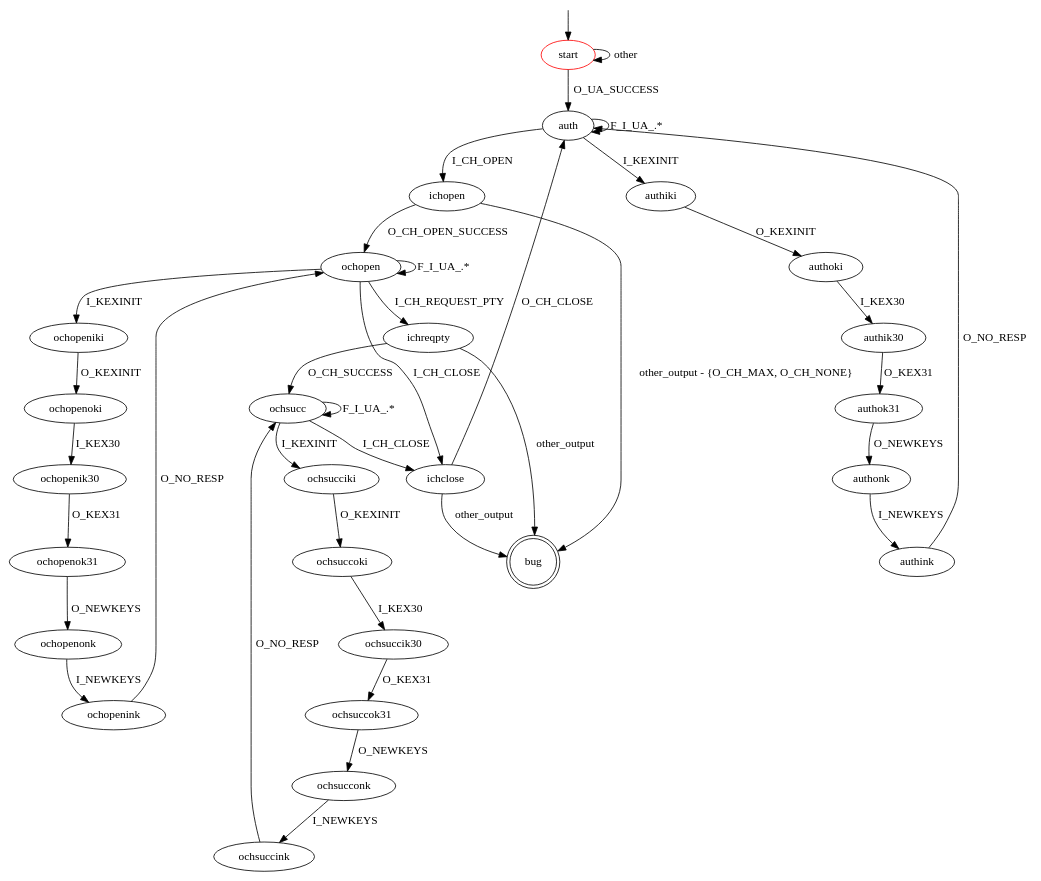
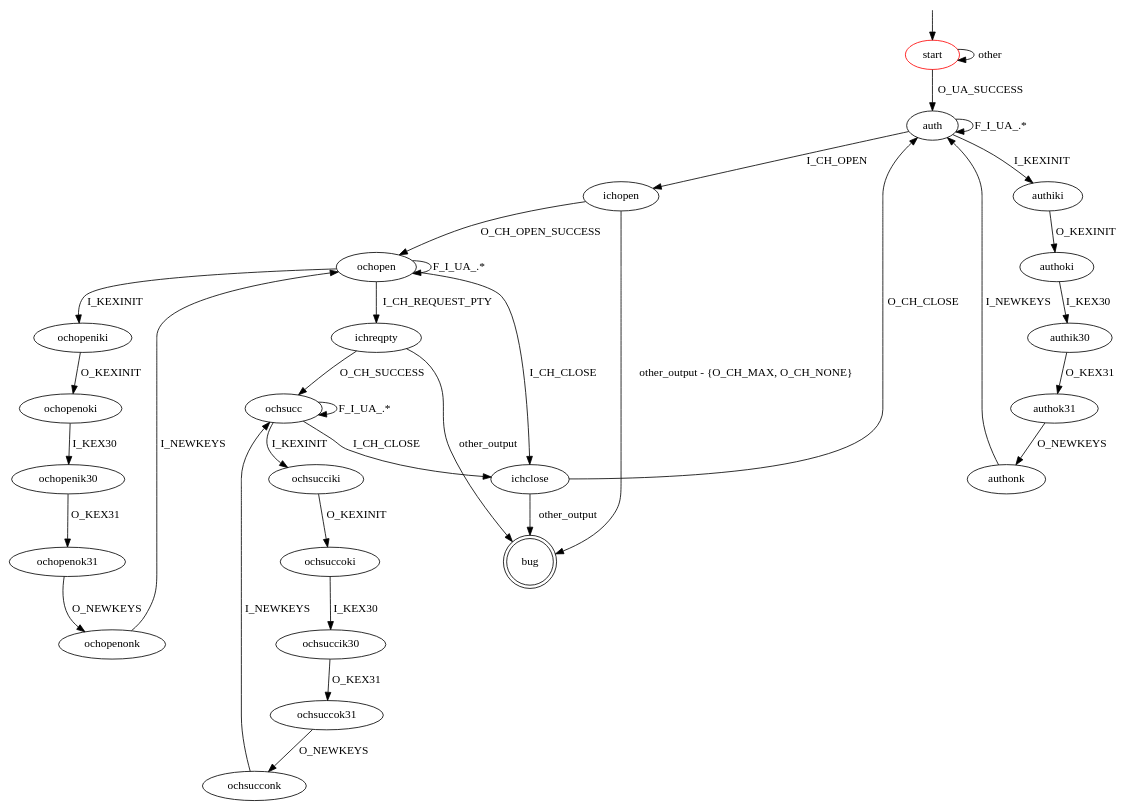
Before and after one commit to assist-project/state-machine-bug-finder: the diagram in src/main/resources/patterns/ssh/server/connection_layer_bug.dot, drawn with Graphviz. The commit also changed 14 other files, not shown here.

```diff
--- a/src/main/resources/patterns/ssh/server/connection_layer_bug.dot
+++ b/src/main/resources/patterns/ssh/server/connection_layer_bug.dot
@@ -1,54 +1,51 @@
 digraph G {
 label=""
 start [color="red"]
 bug [shape="doublecircle"]
 
 start -> auth [label="O_UA_SUCCESS"]
 start -> start [label="other"]
 
 auth -> ichopen [label="I_CH_OPEN"]
 auth -> authiki [label="I_KEXINIT"]
 auth -> auth [label="F_I_UA_.*"]
 
 authiki -> authoki [label="O_KEXINIT"]
 authoki -> authik30 [label="I_KEX30"]
 authik30 -> authok31 [label="O_KEX31"]
 authok31 -> authonk [label="O_NEWKEYS"]
-authonk -> authink [label="I_NEWKEYS"]
-authink -> auth [label="O_NO_RESP"]
+authonk -> auth [label="I_NEWKEYS"]
 
 ichopen -> ochopen [label="O_CH_OPEN_SUCCESS"]
 ichopen -> bug [label="other_output - {O_CH_MAX, O_CH_NONE}"]
 
 ochopen -> ichreqpty [label="I_CH_REQUEST_PTY"]
 ochopen -> ichclose [label="I_CH_CLOSE"]
 ochopen -> ochopen [label="F_I_UA_.*"]
 
 ochopen -> ochopeniki [label="I_KEXINIT"]
 ochopeniki -> ochopenoki [label="O_KEXINIT"]
 ochopenoki -> ochopenik30 [label="I_KEX30"]
 ochopenik30 -> ochopenok31 [label="O_KEX31"]
 ochopenok31 -> ochopenonk [label="O_NEWKEYS"]
-ochopenonk -> ochopenink [label="I_NEWKEYS"]
-ochopenink -> ochopen [label="O_NO_RESP"]
+ochopenonk -> ochopen [label="I_NEWKEYS"]
 
 ichreqpty -> ochsucc [label="O_CH_SUCCESS"]
 ichreqpty -> bug [label="other_output"]
 
 ochsucc -> ichclose [label="I_CH_CLOSE"]
 ochsucc -> ochsucciki [label="I_KEXINIT"]
 ochsucc -> ochsucc [label="F_I_UA_.*"]
 
 ochsucciki -> ochsuccoki [label="O_KEXINIT"]
 ochsuccoki -> ochsuccik30 [label="I_KEX30"]
 ochsuccik30 -> ochsuccok31 [label="O_KEX31"]
 ochsuccok31 -> ochsucconk [label="O_NEWKEYS"]
-ochsucconk -> ochsuccink [label="I_NEWKEYS"]
-ochsuccink -> ochsucc [label="O_NO_RESP"]
+ochsucconk -> ochsucc [label="I_NEWKEYS"]
 
 ichclose -> auth [label="O_CH_CLOSE"]
 ichclose -> bug [label="other_output"]
 
 __start0 [label="" shape="none" width="0" height="0"];
 __start0 -> start;
 }
```
